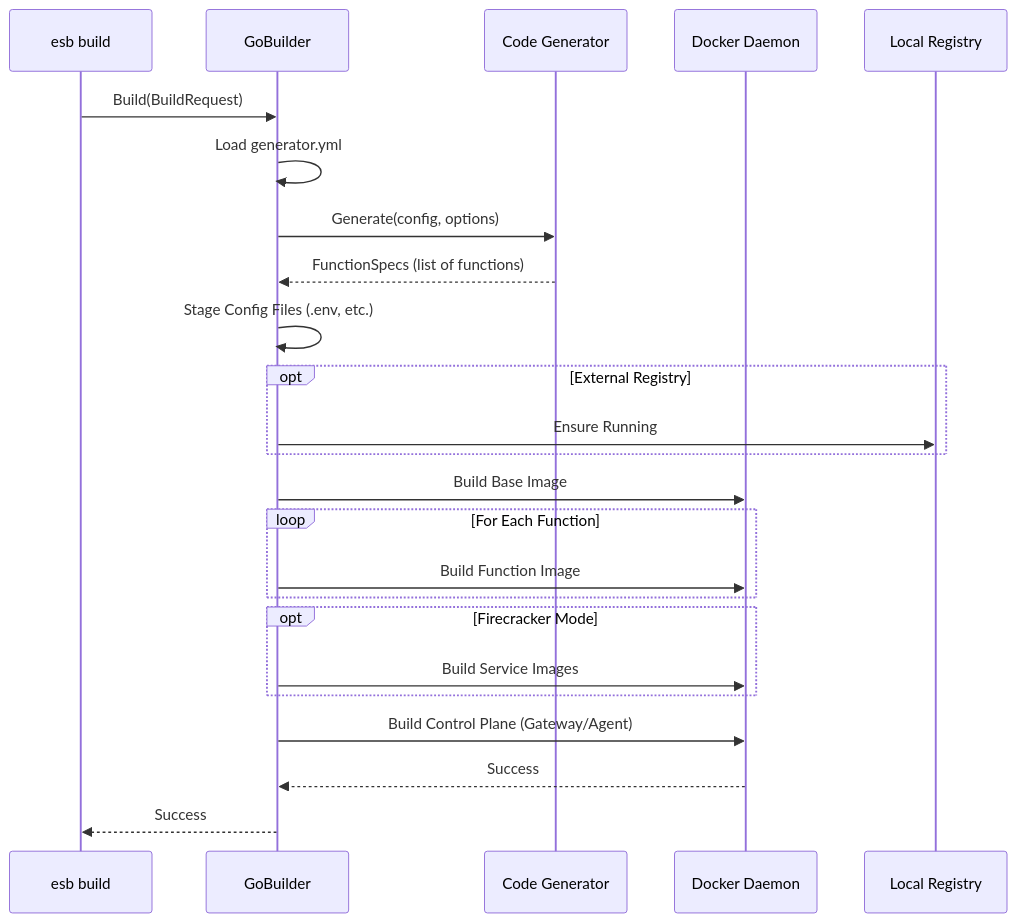
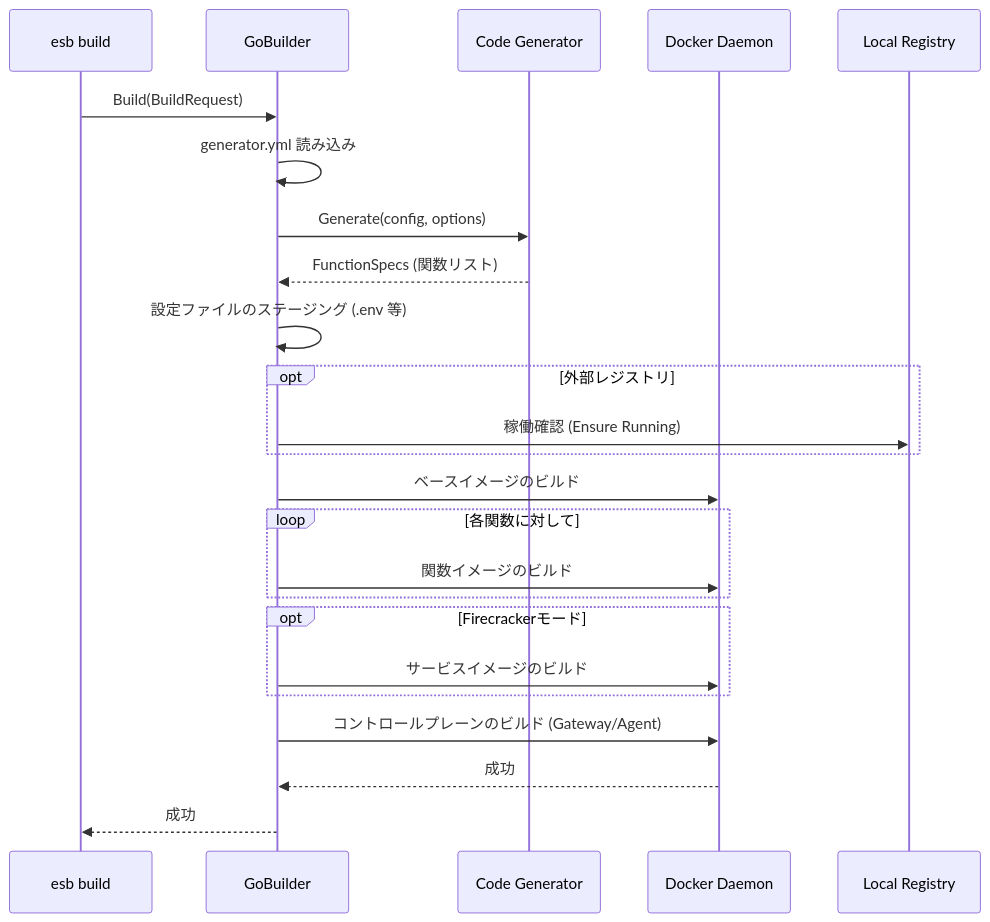
Before and after one commit to poruru-code/esb-cli: the diagram in docs/build.md, drawn with Mermaid. The commit also changed other lines of this file and 12 other files, not shown here.

First line of the commit message:
Translate CLI documentation to Japanese and fix Mermaid syntax

````diff
--- a/docs/build.md
+++ b/docs/build.md
@@ -52,34 +52,34 @@
 ```mermaid
 sequenceDiagram
     participant CLI as esb build
     participant Builder as GoBuilder
     participant Generator as Code Generator
     participant Docker as Docker Daemon
     participant Registry as Local Registry
 
     CLI->>Builder: Build(BuildRequest)
-    Builder->>Builder: Load generator.yml
+    Builder->>Builder: generator.yml 読み込み
     Builder->>Generator: Generate(config, options)
-    Generator-->>Builder: FunctionSpecs (list of functions)
+    Generator-->>Builder: FunctionSpecs (関数リスト)
 
-    Builder->>Builder: Stage Config Files (.env, etc.)
+    Builder->>Builder: 設定ファイルのステージング (.env 等)
 
-    opt External Registry
-        Builder->>Registry: Ensure Running
+    opt 外部レジストリ
+        Builder->>Registry: 稼働確認 (Ensure Running)
     end
 
-    Builder->>Docker: Build Base Image
+    Builder->>Docker: ベースイメージのビルド
 
-    loop For Each Function
-        Builder->>Docker: Build Function Image
+    loop 各関数に対して
+        Builder->>Docker: 関数イメージのビルド
     end
 
-    opt Firecracker Mode
-        Builder->>Docker: Build Service Images
+    opt Firecrackerモード
+        Builder->>Docker: サービスイメージのビルド
     end
 
-    Builder->>Docker: Build Control Plane (Gateway/Agent)
+    Builder->>Docker: コントロールプレーンのビルド (Gateway/Agent)
 
-    Docker-->>Builder: Success
-    Builder-->>CLI: Success
+    Docker-->>Builder: 成功
+    Builder-->>CLI: 成功
 ```
````
